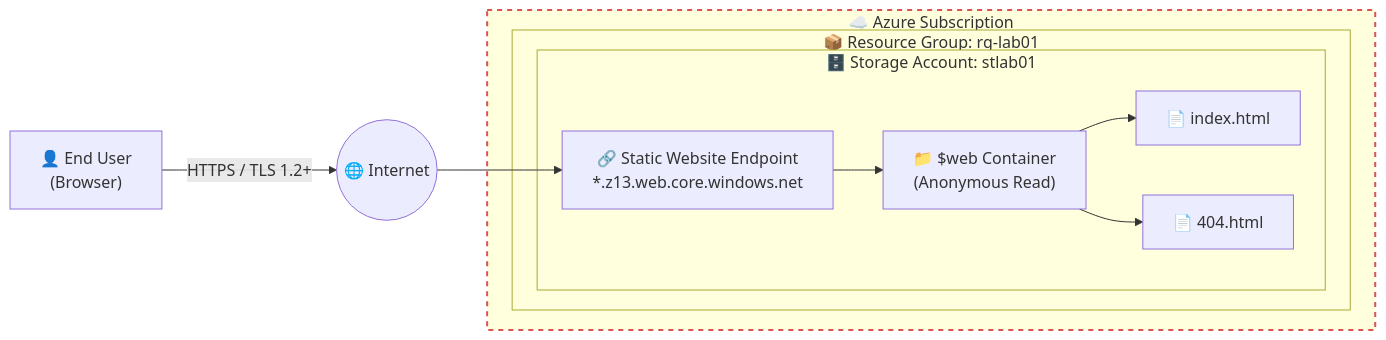
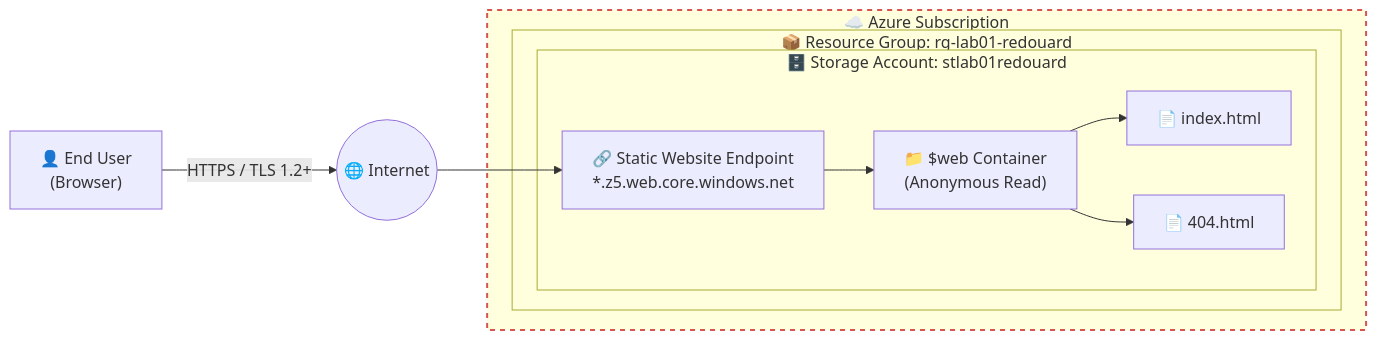
The diagram in README.md (redouard2/azure-static-website-lab), drawn with Mermaid before and after one commit. The commit also changed other lines of this file, not shown here.

First line of the commit message:
Revise README with updated resource naming and details

````diff
--- a/README.md
+++ b/README.md
@@ -47,25 +47,25 @@
 ```mermaid
 flowchart LR
     User["👤 End User<br/>(Browser)"]
     Net(("🌐 Internet"))
 
     subgraph Azure["☁️ Azure Subscription"]
-        subgraph RG["📦 Resource Group: rg-lab01"]
-            subgraph SA["🗄️ Storage Account: stlab01"]
-                Endpoint["🔗 Static Website Endpoint<br/>*.z13.web.core.windows.net"]
+        subgraph RG["📦 Resource Group: rg-lab01-redouard"]
+            subgraph SA["🗄️ Storage Account: stlab01redouard"]
+                Endpoint["🔗 Static Website Endpoint<br/>*.z5.web.core.windows.net"]
                 Web["📁 $web Container<br/>(Anonymous Read)"]
                 Index["📄 index.html"]
                 Err["📄 404.html"]
             end
         end
     end
 
     User -- HTTPS / TLS 1.2+ --> Net
     Net --> Endpoint
     Endpoint --> Web
     Web --> Index
     Web --> Err
 
     classDef trust stroke-dasharray: 5 5,stroke:#d9534f,stroke-width:2px
     class Azure trust
 ```
````
